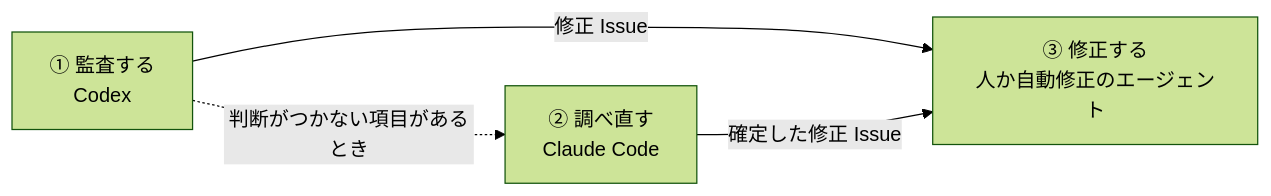
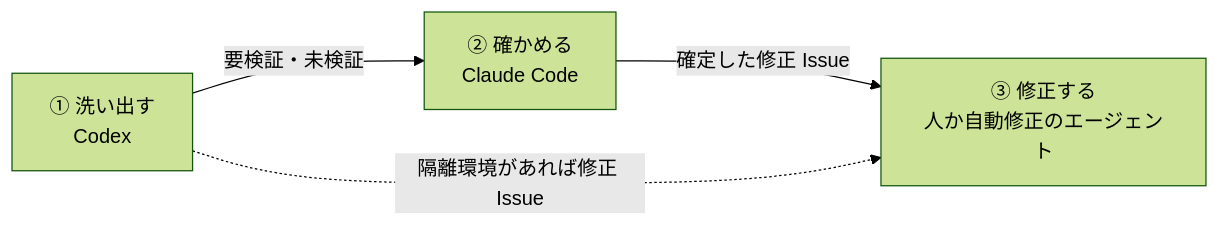
One commit to nir-nmttg/security-audit-workflow changed the diagram in README.md. Above: the diagram before and after it, drawn with Mermaid (forest theme). The commit also changed other lines of this file and 34 other files, not shown here.

````diff
--- a/README.md
+++ b/README.md
@@ -8,6 +8,6 @@
 ```mermaid
 flowchart LR
-  A["① 監査する<br>Codex"] -->|修正 Issue| C["③ 修正する<br>人か自動修正のエージェント"]
-  A -. 判断がつかない項目があるとき .-> B["② 調べ直す<br>Claude Code"]
-  B -->|確定した修正 Issue| C
+  A["① 洗い出す<br>Codex"] -->|要検証・未検証| B["② 確かめる<br>Claude Code"]
+  B -->|確定した修正 Issue| C["③ 修正する<br>人か自動修正のエージェント"]
+  A -. 隔離環境があれば修正 Issue .-> C
 ```
````
